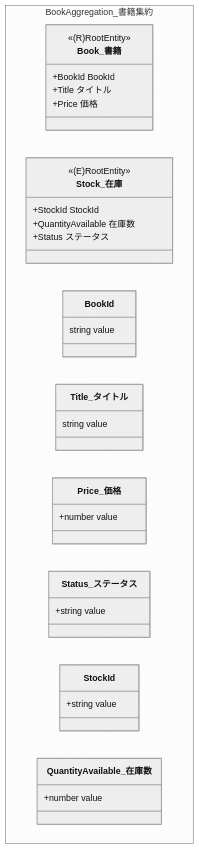
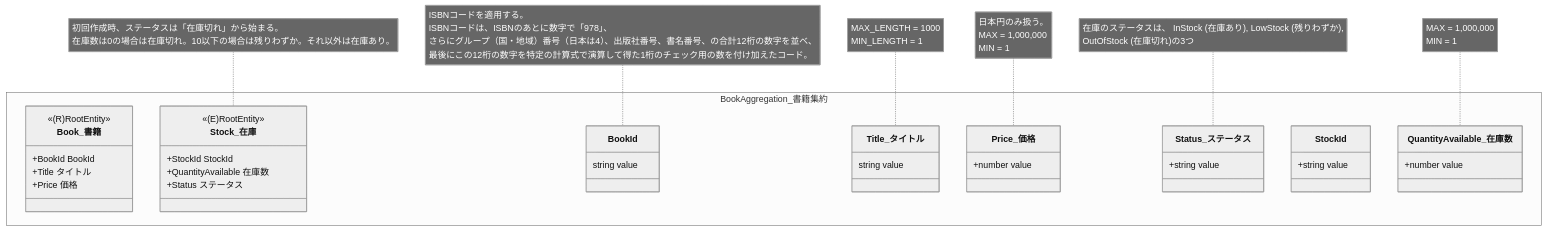
One commit to 44103/domain-driven-design changed the diagram in StockManagement/Domain/models/Book/Book.md. Above: the diagram before and after it, drawn with Mermaid.

Commit message:
docs: add business rules

````diff
--- a/StockManagement/Domain/models/Book/Book.md
+++ b/StockManagement/Domain/models/Book/Book.md
@@ -3,46 +3,74 @@
 ```mermaid
 %%{init:{'theme':'neutral'}}%%
 
 classDiagram
 namespace BookAggregation_書籍集約 {
     %% 1. エンティティの定義
     class Book_書籍 {
         <<(R)RootEntity>>
         +BookId BookId
         +Title タイトル
         +Price 価格
     }
 
     class Stock_在庫 {
         <<(E)RootEntity>>
         +StockId StockId
         +QuantityAvailable 在庫数
         +Status ステータス
     }
 
     %% 2. 属性の定義
     class BookId {
         string value
     }
 
     class Title_タイトル {
         string value
     }
 
     class Price_価格 {
         +number value
     }
 
     class Status_ステータス {
         +string value
     }
 
     class StockId {
         +string value
     }
 
     class QuantityAvailable_在庫数 {
         +number value
     }
 }
+
+%% 3. ビジネスルールの追加
+note for BookId "
+ISBNコードを適用する。
+ISBNコードは、ISBNのあとに数字で「978」、
+さらにグループ（国・地域）番号（日本は4）、出版社番号、書名番号、の合計12桁の数字を並べ、
+最後にこの12桁の数字を特定の計算式で演算して得た1桁のチェック用の数を付け加えたコード。"
+
+note for Title_タイトル "
+MAX_LENGTH = 1000
+MIN_LENGTH = 1"
+
+note for QuantityAvailable_在庫数 "
+MAX = 1,000,000
+MIN = 1"
+
+note for Price_価格 "
+日本円のみ扱う。
+MAX = 1,000,000
+MIN = 1"
+
+note for Stock_在庫 "
+初回作成時、ステータスは「在庫切れ」から始まる。
+在庫数は0の場合は在庫切れ。10以下の場合は残りわずか。それ以外は在庫あり。"
+
+note for Status_ステータス "
+在庫のステータスは、 InStock (在庫あり), LowStock (残りわずか),
+OutOfStock (在庫切れ)の3つ"
 ```
````
